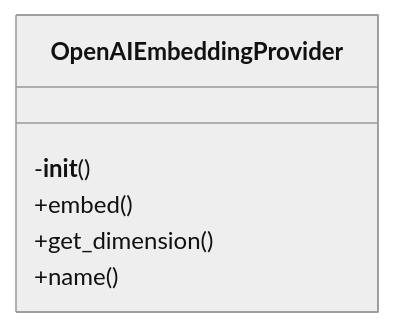
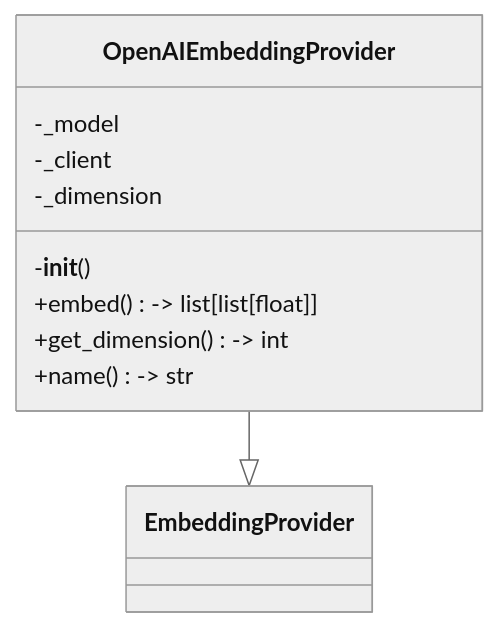
One commit to UrbanDiver/local-deepwiki-mcp changed the first of 2 diagrams in .deepwiki/files/src/local_deepwiki/providers/embeddings/openai.md. Above: the diagram before and after it, drawn with Mermaid (neutral theme). The commit also changed other lines of this file and 75 other files, not shown here.

````diff
--- a/.deepwiki/files/src/local_deepwiki/providers/embeddings/openai.md
+++ b/.deepwiki/files/src/local_deepwiki/providers/embeddings/openai.md
@@ -92,9 +120,13 @@
 ```mermaid
 classDiagram
     class OpenAIEmbeddingProvider {
+        -_model
+        -_client
+        -_dimension
         -__init__()
-        +embed()
-        +get_dimension()
-        +name()
+        +embed() -> list[list[float]]
+        +get_dimension() -> int
+        +name() -> str
     }
+    OpenAIEmbeddingProvider --|> EmbeddingProvider
 ```
````
